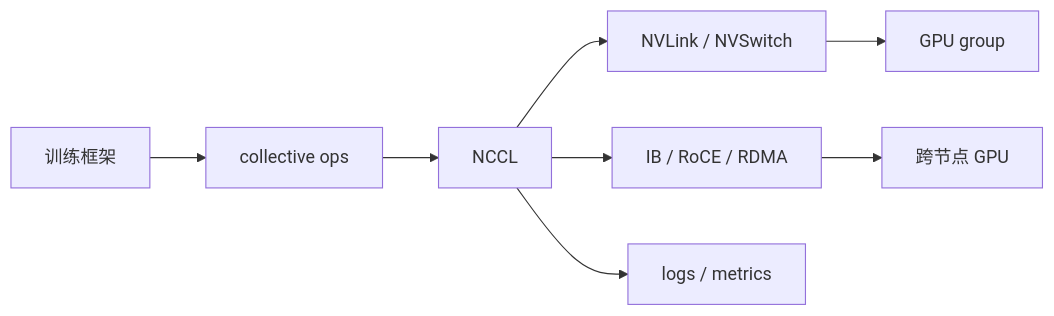
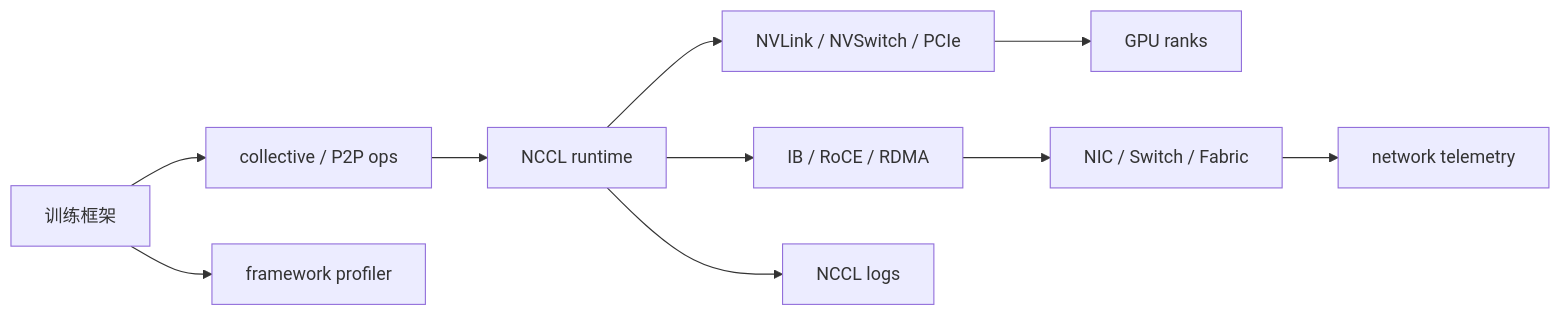
One commit to ikingye/ai-factory-engineering changed the diagram in docs/part-04-runtime/chapter-18-collective-communication.md. Above: the diagram before and after it, drawn with Mermaid. The commit also changed other lines of this file and 4 other files, not shown here.

````diff
--- a/docs/part-04-runtime/chapter-18-collective-communication.md
+++ b/docs/part-04-runtime/chapter-18-collective-communication.md
@@ -23,10 +55,12 @@
 ```mermaid
 flowchart LR
-  Framework["训练框架"] --> Collective["collective ops"]
-  Collective --> NCCL["NCCL"]
-  NCCL --> NVLink["NVLink / NVSwitch"]
-  NCCL --> RDMA["IB / RoCE / RDMA"]
-  NVLink --> GPU["GPU group"]
-  RDMA --> Nodes["跨节点 GPU"]
-  NCCL --> Metrics["logs / metrics"]
+  Framework["训练框架"] --> Ops["collective / P2P ops"]
+  Ops --> NCCL["NCCL runtime"]
+  NCCL --> Intra["NVLink / NVSwitch / PCIe"]
+  NCCL --> Inter["IB / RoCE / RDMA"]
+  Intra --> GPU["GPU ranks"]
+  Inter --> NIC["NIC / Switch / Fabric"]
+  NCCL --> Logs["NCCL logs"]
+  Framework --> Profiler["framework profiler"]
+  NIC --> Telemetry["network telemetry"]
 ```
````
